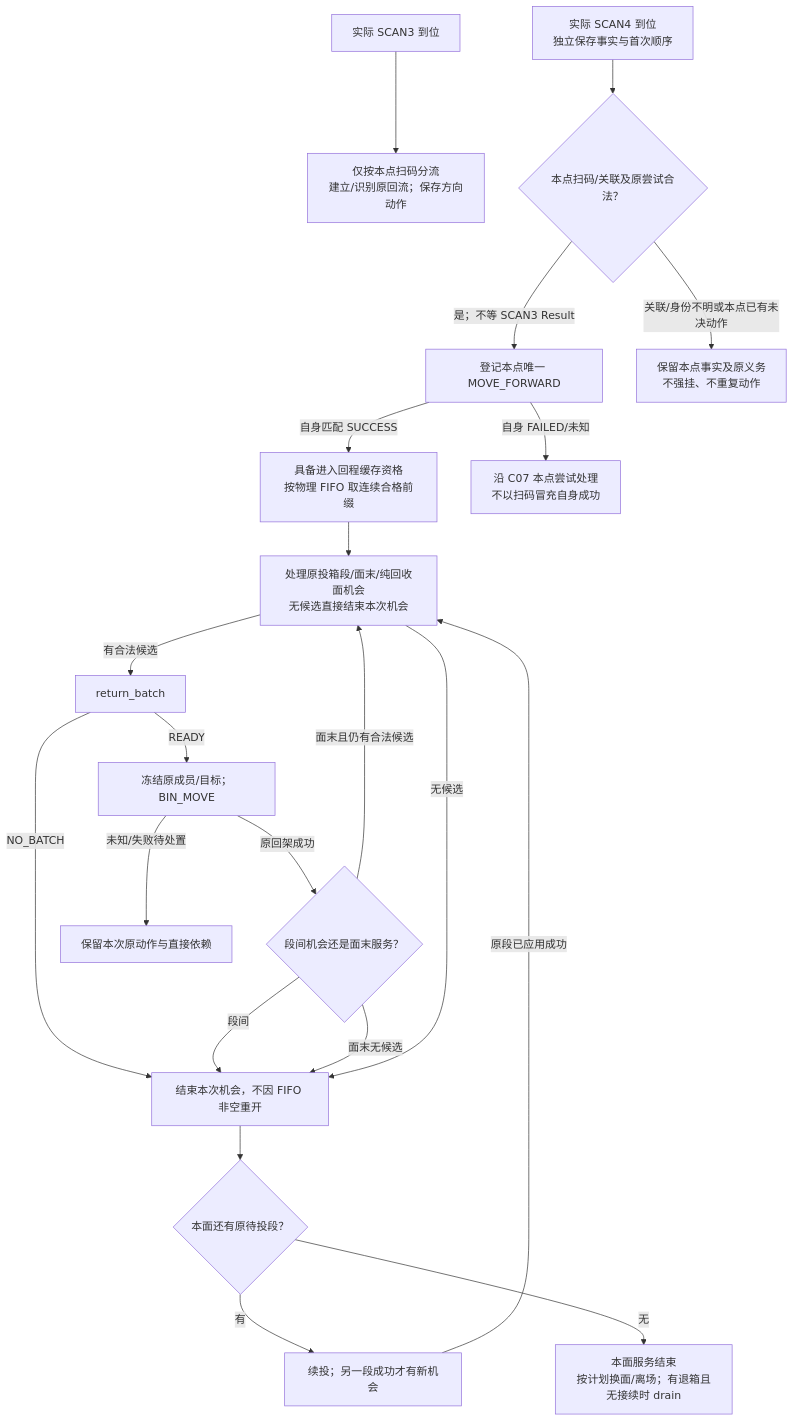
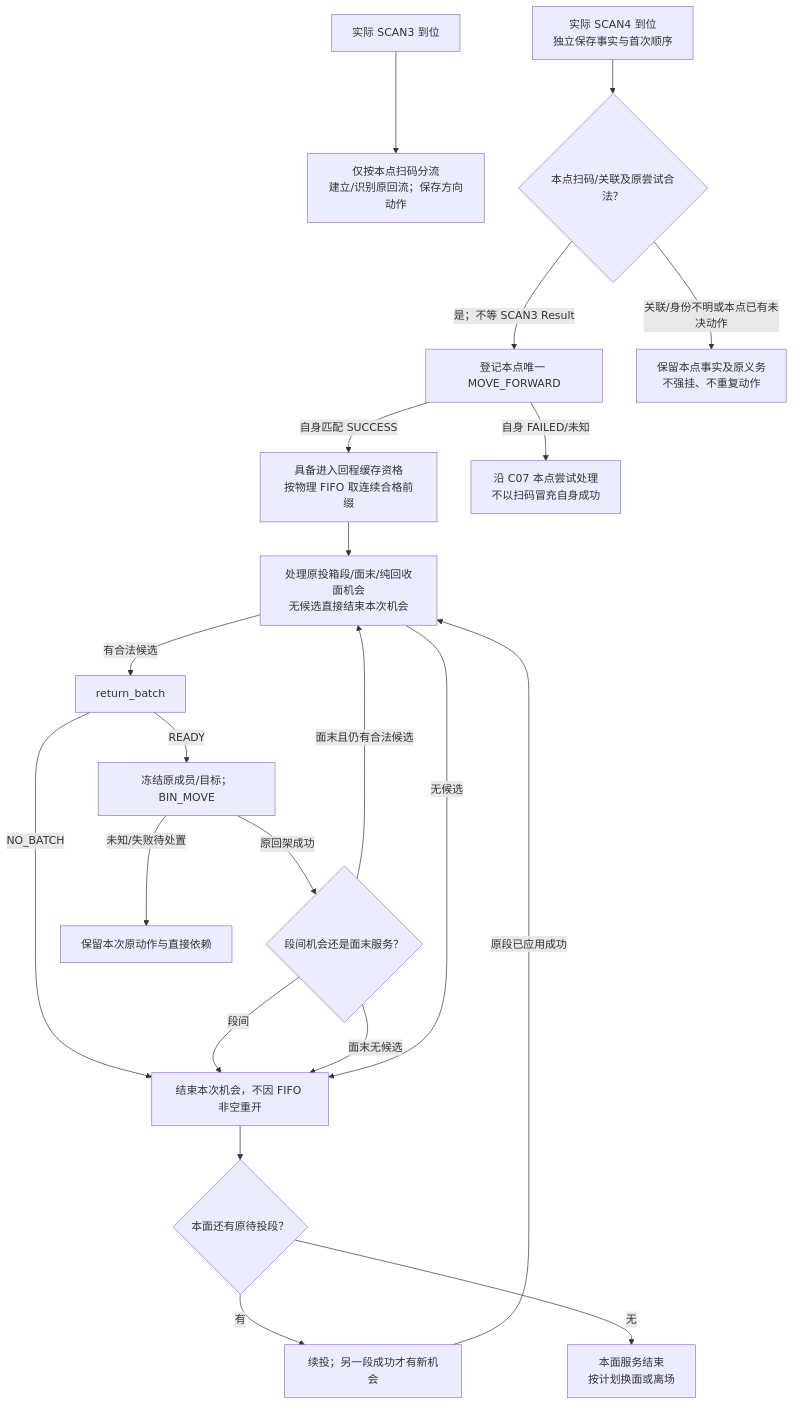
One commit to kaizhoumasha/maintenance-admin changed the diagram in docs/integrations/workline-bin-return-api.md. Above: the diagram before and after it, drawn with Mermaid. The commit also changed other lines of this file, not shown here.

````diff
--- a/docs/integrations/workline-bin-return-api.md
+++ b/docs/integrations/workline-bin-return-api.md
@@ -48,23 +48,23 @@
 ```mermaid
 flowchart TD
     A["实际 SCAN3 到位"] --> B["仅按本点扫码分流<br/>建立/识别原回流；保存方向动作"]
     D["实际 SCAN4 到位<br/>独立保存事实与首次顺序"] --> E{"本点扫码/关联及原尝试合法？"}
     E -->|是；不等 SCAN3 Result| F["登记本点唯一 MOVE_FORWARD"]
     E -->|关联/身份不明或本点已有未决动作| X["保留本点事实及原义务<br/>不强挂、不重复动作"]
     F -->|自身匹配 SUCCESS| G["具备进入回程缓存资格<br/>按物理 FIFO 取连续合格前缀"]
     F -->|自身 FAILED/未知| W["沿 C07 本点尝试处理<br/>不以扫码冒充自身成功"]
     G --> H["处理原投箱段/面末/纯回收面机会<br/>无候选直接结束本次机会"]
     H -->|有合法候选| I["return_batch"]
     I -->|READY| J["冻结原成员/目标；BIN_MOVE"]
     I -->|NO_BATCH| K["结束本次机会，不因 FIFO 非空重开"]
     J -->|原回架成功| R{"段间机会还是面末服务？"}
     J -->|未知/失败待处置| U["保留本次原动作与直接依赖"]
     R -->|段间| K
     R -->|面末且仍有合法候选| H
     R -->|面末无候选| K
     H -->|无候选| K
     K --> P{"本面还有原待投段？"}
     P -->|有| Q["续投；另一段成功才有新机会"]
     Q -->|原段已应用成功| H
-    P -->|无| L["本面服务结束<br/>按计划换面/离场；有退箱且无接续时 drain"]
+    P -->|无| L["本面服务结束<br/>按计划换面或离场"]
 ```
````
